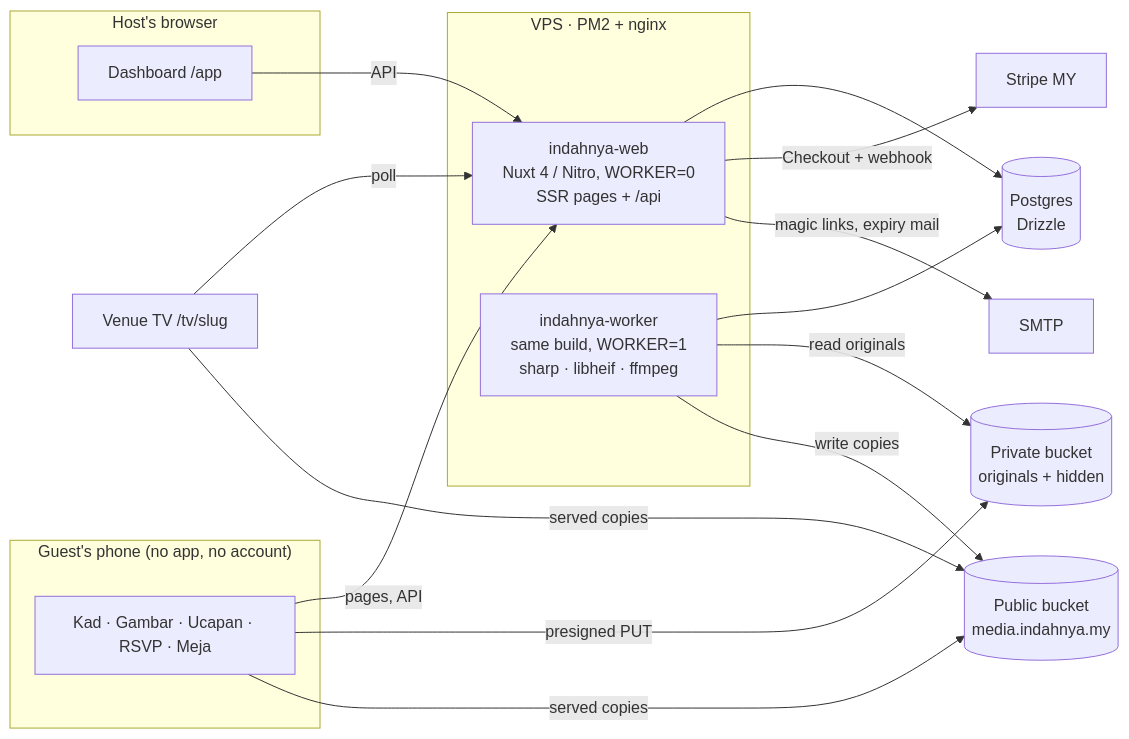
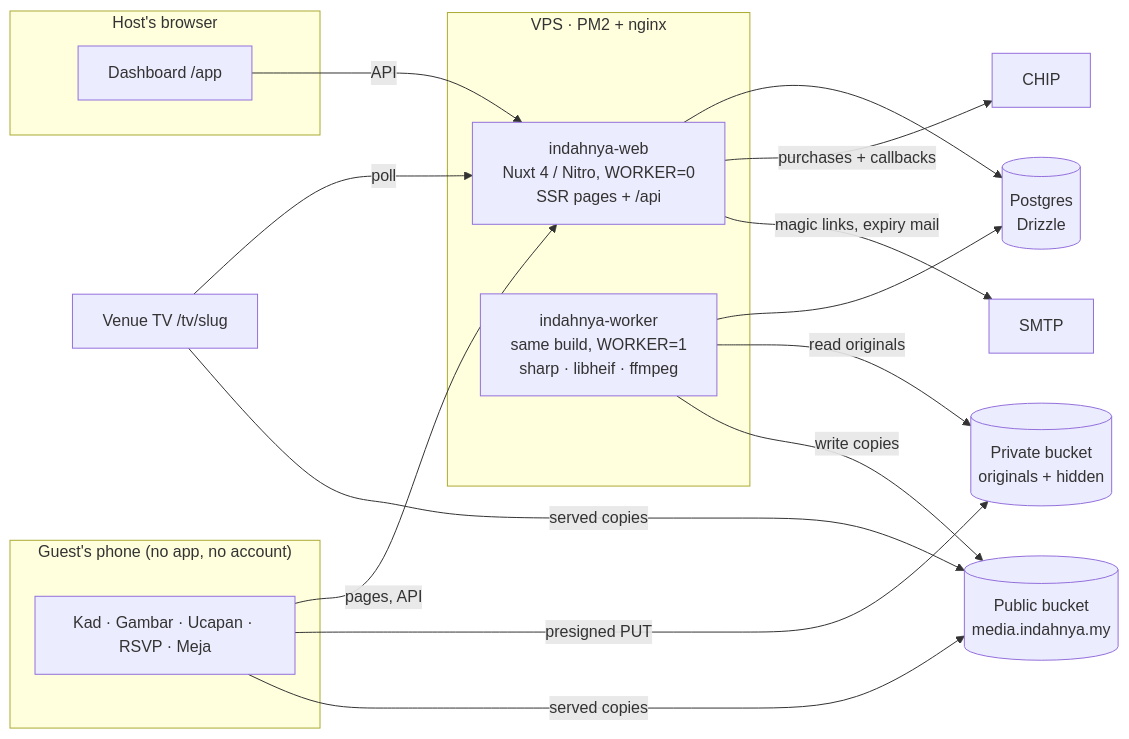
Before and after one commit to Aphrosidiac/Indahnya: the first of 3 diagrams in docs/architecture.md, drawn with Mermaid. The commit also changed 34 other files, not shown here.

First line of the commit message:
Payments through CHIP Collect instead of Stripe

````diff
--- a/docs/architecture.md
+++ b/docs/architecture.md
@@ -9,33 +9,33 @@
 ```mermaid
 flowchart LR
   subgraph Guest["Guest's phone (no app, no account)"]
     G1[Kad · Gambar · Ucapan · RSVP · Meja]
   end
   subgraph Host["Host's browser"]
     H1[Dashboard /app]
   end
   TV[Venue TV /tv/slug]
 
   subgraph VPS["VPS · PM2 + nginx"]
     N[indahnya-web<br/>Nuxt 4 / Nitro, WORKER=0<br/>SSR pages + /api]
     W[indahnya-worker<br/>same build, WORKER=1<br/>sharp · libheif · ffmpeg]
   end
   PG[(Postgres<br/>Drizzle)]
   PUB[(Public bucket<br/>media.indahnya.my)]
   PRIV[(Private bucket<br/>originals + hidden)]
-  ST[Stripe MY]
+  ST[CHIP]
   SMTP[SMTP]
 
   G1 -- pages, API --> N
   H1 -- API --> N
   TV -- poll --> N
   G1 -- presigned PUT --> PRIV
   G1 -- served copies --> PUB
   TV -- served copies --> PUB
   N --> PG
   W --> PG
   W -- read originals --> PRIV
   W -- write copies --> PUB
-  N -- Checkout + webhook --> ST
+  N -- purchases + callbacks --> ST
   N -- magic links, expiry mail --> SMTP
 ```
````
